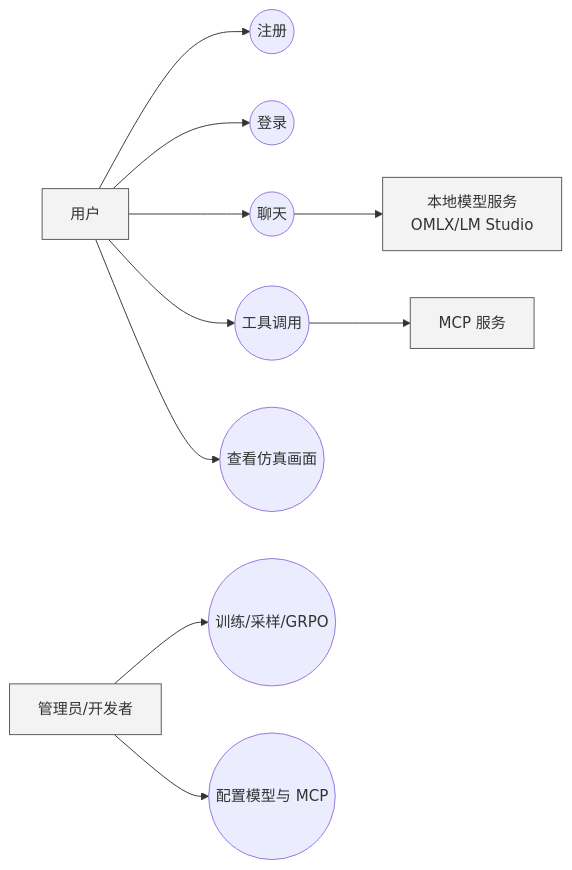
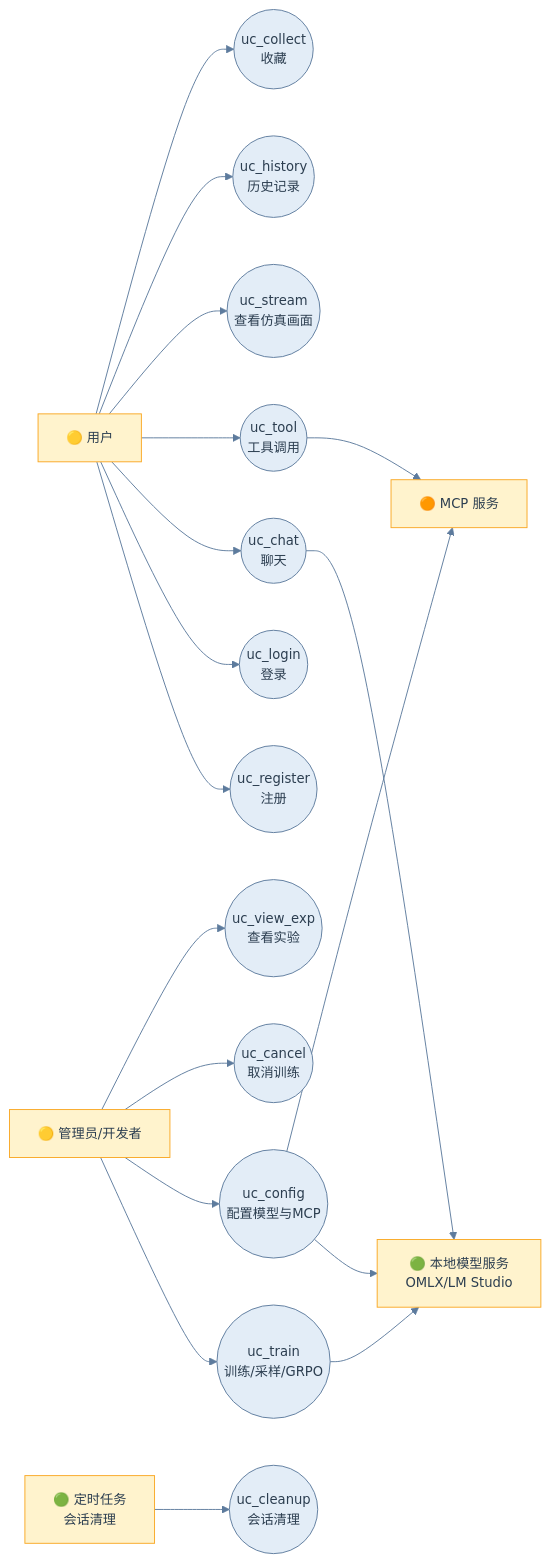
Before and after one commit to Playitcooool/robotagent: the diagram in charts/use-case.md, drawn with Mermaid. The commit also changed 6 other files, not shown here.

First line of the commit message:
optimize(charts): unify visual style and add error handling branches

````diff
--- a/charts/use-case.md
+++ b/charts/use-case.md
@@ -3,29 +3,45 @@
 ```mermaid
+%%{init: {'theme': 'base', 'themeVariables': {'primaryColor': '#E3EDF7', 'primaryTextColor': '#2C3E50', 'primaryBorderColor': '#5D7B9D', 'lineColor': '#5D7B9D', 'fontFamily': 'Arial', 'fontSize': '14px'}}}%%
 flowchart LR
-  user[用户]:::actor
-  admin[管理员/开发者]:::actor
-  mcp[MCP 服务]:::actor
-  model[本地模型服务<br/>OMLX/LM Studio]:::actor
+  user[🟡 用户]:::actor
+  admin[🟡 管理员/开发者]:::actor
+  mcp[🟠 MCP 服务]:::actor
+  model[🟢 本地模型服务<br/>OMLX/LM Studio]:::actor
+  schedule[🟢 定时任务<br/>会话清理]:::actor
 
-  uc_register((注册))
-  uc_login((登录))
-  uc_chat((聊天))
-  uc_tool((工具调用))
-  uc_stream((查看仿真画面))
-  uc_train((训练/采样/GRPO))
-  uc_config((配置模型与 MCP))
+  uc_register((uc_register<br/>注册))
+  uc_login((uc_login<br/>登录))
+  uc_chat((uc_chat<br/>聊天))
+  uc_tool((uc_tool<br/>工具调用))
+  uc_stream((uc_stream<br/>查看仿真画面))
+  uc_history((uc_history<br/>历史记录))
+  uc_collect((uc_collect<br/>收藏))
+  uc_train((uc_train<br/>训练/采样/GRPO))
+  uc_config((uc_config<br/>配置模型与MCP))
+  uc_cancel((uc_cancel<br/>取消训练))
+  uc_view_exp((uc_view_exp<br/>查看实验))
+  uc_cleanup((uc_cleanup<br/>会话清理))
 
   user --> uc_register
   user --> uc_login
   user --> uc_chat
   user --> uc_tool
   user --> uc_stream
+  user --> uc_history
+  user --> uc_collect
 
   admin --> uc_train
   admin --> uc_config
+  admin --> uc_cancel
+  admin --> uc_view_exp
+
+  schedule --> uc_cleanup
 
   uc_tool --> mcp
   uc_chat --> model
+  uc_train --> model
+  uc_config --> model
+  uc_config --> mcp
 
-  classDef actor fill:#f3f3f3,stroke:#555,stroke-width:1px;
+  classDef actor fill:#FFF3CD, stroke:#F9A825, stroke-width:1px;
 ```
````
